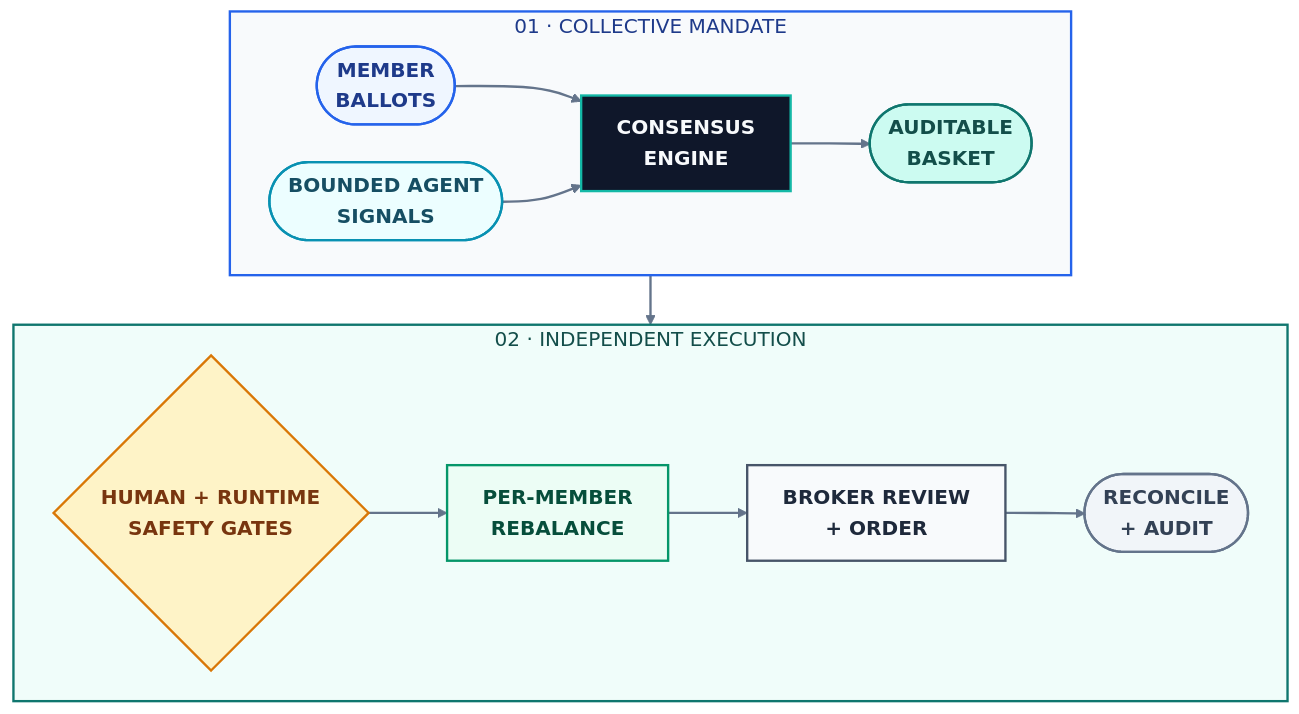
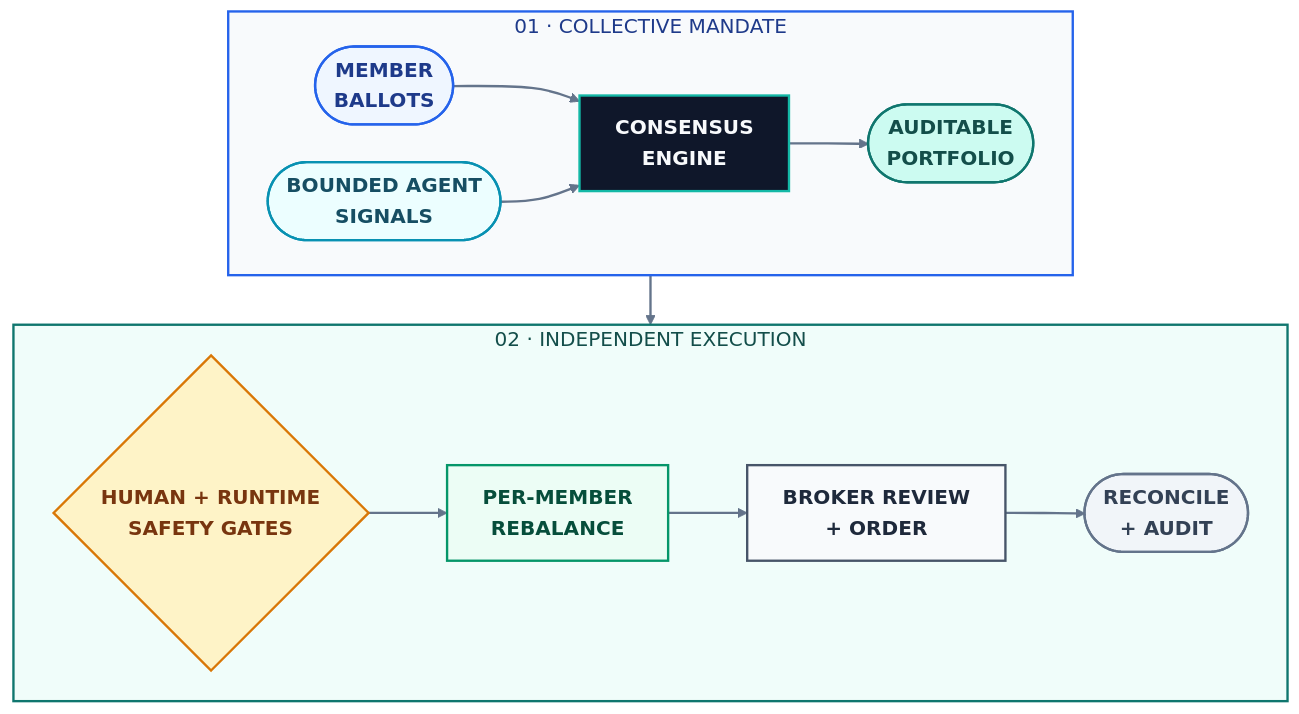
The second of 2 diagrams in README.md (rohanjoglekar/voteconcordia), drawn with Mermaid before and after one commit. The commit also changed other lines of this file and 4 other files, not shown here.

Commit message:
Docs: say portfolio instead of basket

````diff
--- a/README.md
+++ b/README.md
@@ -100,31 +100,31 @@
 ```mermaid
 %%{init: {"theme": "base", "themeVariables": {"fontSize": "17px", "lineColor": "#64748b", "edgeLabelBackground": "#ffffff"}, "flowchart": {"nodeSpacing": 32, "rankSpacing": 42, "curve": "basis"}}}%%
 flowchart TB
     subgraph governance["01 · COLLECTIVE MANDATE"]
         direction LR
         members(["MEMBER<br/>BALLOTS"]):::voice --> consensus["CONSENSUS<br/>ENGINE"]:::engine
         agents(["BOUNDED AGENT<br/>SIGNALS"]):::agent --> consensus
-        consensus --> basket(["AUDITABLE<br/>BASKET"]):::mandate
+        consensus --> basket(["AUDITABLE<br/>PORTFOLIO"]):::mandate
     end
 
     subgraph execution["02 · INDEPENDENT EXECUTION"]
         direction LR
         controls{"HUMAN + RUNTIME<br/>SAFETY GATES"}:::gate --> accounts["PER-MEMBER<br/>REBALANCE"]:::account
         accounts --> broker["BROKER REVIEW<br/>+ ORDER"]:::broker
         broker --> audit(["RECONCILE<br/>+ AUDIT"]):::audit
     end
 
     basket --> controls
 
     classDef voice fill:#eff6ff,stroke:#2563eb,color:#1e3a8a,stroke-width:2px,font-weight:700;
     classDef agent fill:#ecfeff,stroke:#0891b2,color:#164e63,stroke-width:2px,font-weight:700;
     classDef engine fill:#0f172a,stroke:#14b8a6,color:#f8fafc,stroke-width:2px,font-weight:700;
     classDef mandate fill:#ccfbf1,stroke:#0f766e,color:#134e4a,stroke-width:2px,font-weight:700;
     classDef gate fill:#fef3c7,stroke:#d97706,color:#78350f,stroke-width:2px,font-weight:700;
     classDef account fill:#ecfdf5,stroke:#059669,color:#064e3b,stroke-width:2px,font-weight:700;
     classDef broker fill:#f8fafc,stroke:#475569,color:#1e293b,stroke-width:2px,font-weight:700;
     classDef audit fill:#f1f5f9,stroke:#64748b,color:#334155,stroke-width:2px,font-weight:700;
     style governance fill:#f8fafc,stroke:#2563eb,stroke-width:2px,color:#1e3a8a
     style execution fill:#f0fdfa,stroke:#0f766e,stroke-width:2px,color:#134e4a
     linkStyle default stroke:#64748b,stroke-width:2px;
 ```
````
